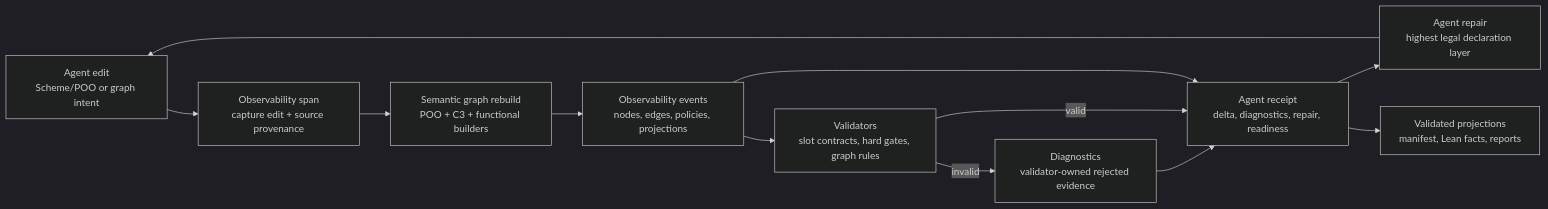
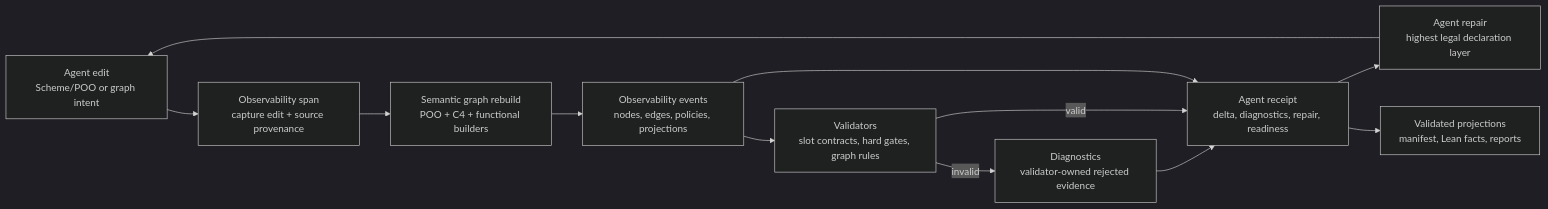
One commit to tao3k/poo-flow changed the second of 2 diagrams in docs/10-19-design/10.06-poo-module-system/57-user-graph-p0-thesis.org. Above: the diagram before and after it, drawn with Mermaid (dark theme). The commit also changed other lines of this file and 514 other files, not shown here.

```diff
--- a/docs/10-19-design/10.06-poo-module-system/57-user-graph-p0-thesis.org
+++ b/docs/10-19-design/10.06-poo-module-system/57-user-graph-p0-thesis.org
@@ -172,16 +172,16 @@
 #+begin_src mermaid
 flowchart LR
   Edit["Agent edit\nScheme/POO or graph intent"]
   Span["Observability span\ncapture edit + source provenance"]
-  Build["Semantic graph rebuild\nPOO + C3 + functional builders"]
+  Build["Semantic graph rebuild\nPOO + C4 + functional builders"]
   Events["Observability events\nnodes, edges, policies, projections"]
   Validate["Validators\nslot contracts, hard gates, graph rules"]
   Diag["Diagnostics\nvalidator-owned rejected evidence"]
   Receipt["Agent receipt\ndelta, diagnostics, repair, readiness"]
   Repair["Agent repair\nhighest legal declaration layer"]
   Projection["Validated projections\nmanifest, Lean facts, reports"]
   Edit --> Span --> Build --> Events --> Validate
   Validate -->|"invalid"| Diag --> Receipt --> Repair --> Edit
   Validate -->|"valid"| Receipt --> Projection
   Events --> Receipt
 #+end_src
```
